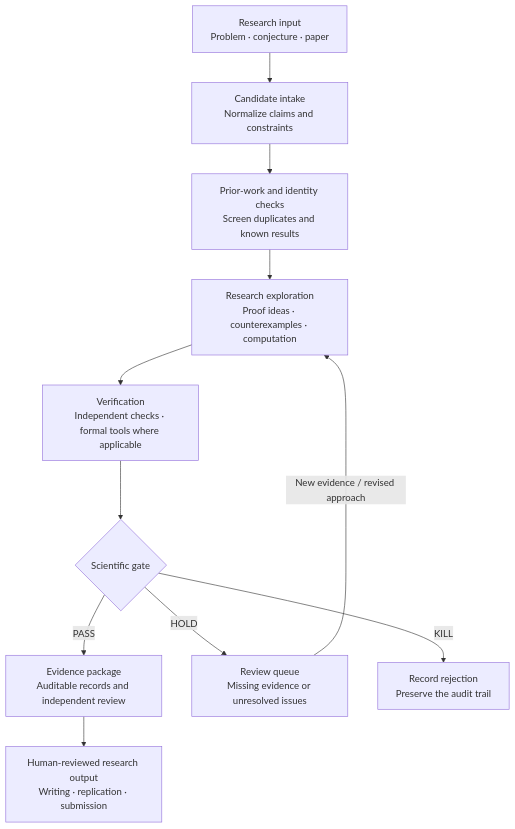
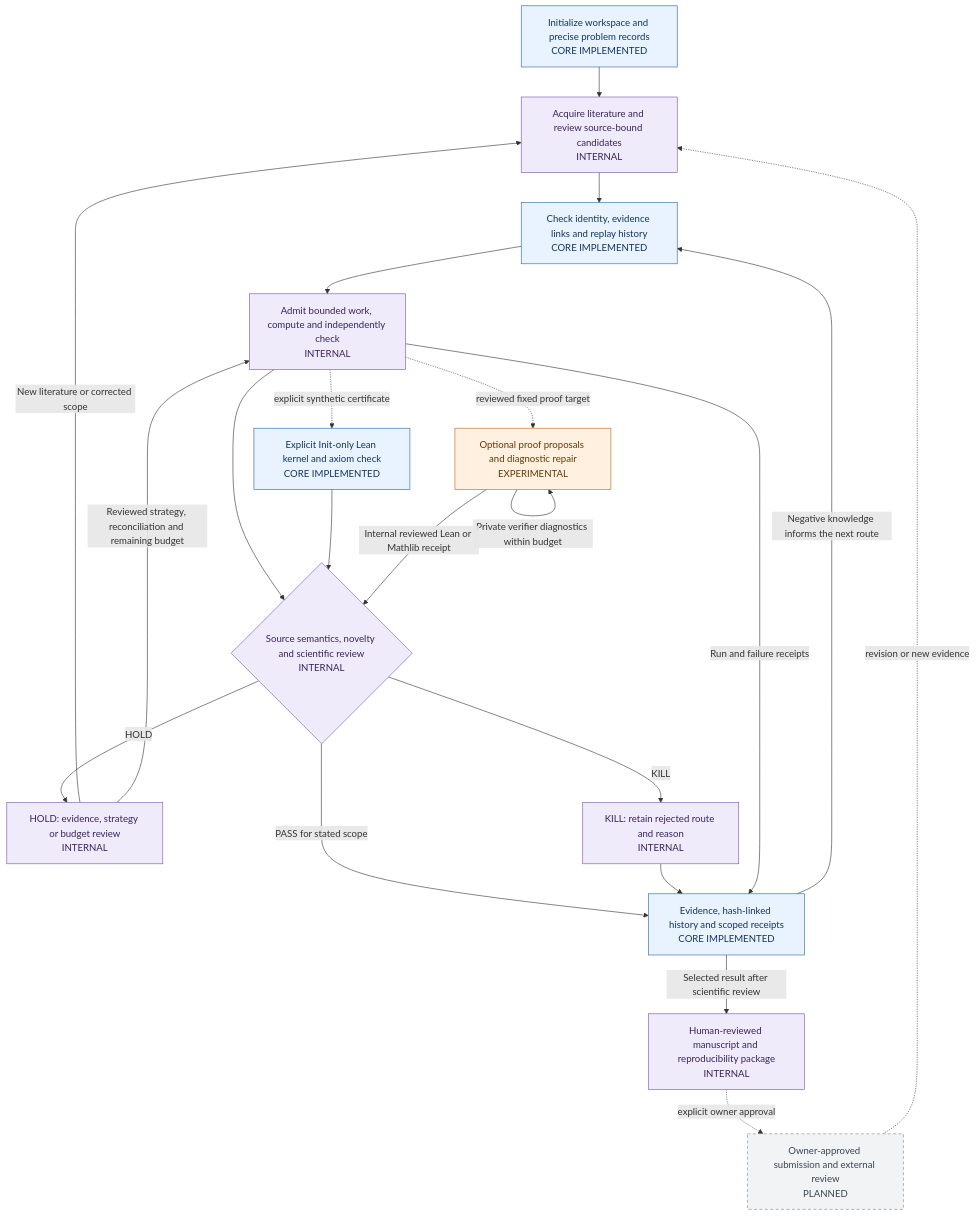
Before and after one commit to Freakwill/MathForge: the diagram in README.md, drawn with Mermaid. The commit also changed other lines of this file and 9 other files, not shown here.

Commit message:
Document evidence-grounded research lifecycle and capability boundaries

````diff
--- a/README.md
+++ b/README.md
@@ -37,13 +39,34 @@
-~~~mermaid
-flowchart TD
-    A["Research input<br/>Problem · conjecture · paper"] --> B["Candidate intake<br/>Normalize claims and constraints"]
-    B --> C["Prior-work and identity checks<br/>Screen duplicates and known results"]
-    C --> D["Research exploration<br/>Proof ideas · counterexamples · computation"]
-    D --> E["Verification<br/>Independent checks · formal tools where applicable"]
-    E --> F{"Scientific gate"}
-    F -->|PASS| G["Evidence package<br/>Auditable records and independent review"]
-    F -->|HOLD| H["Review queue<br/>Missing evidence or unresolved issues"]
-    F -->|KILL| I["Record rejection<br/>Preserve the audit trail"]
-    H -->|New evidence / revised approach| D
-    G --> J["Human-reviewed research output<br/>Writing · replication · submission"]
-~~~
+```mermaid
+flowchart TB
+  A["Initialize workspace and precise problem records<br/>CORE IMPLEMENTED"]:::core
+  B["Acquire literature and review source-bound candidates<br/>INTERNAL"]:::internal
+  C["Check identity, evidence links and replay history<br/>CORE IMPLEMENTED"]:::core
+  D["Admit bounded work, compute and independently check<br/>INTERNAL"]:::internal
+  P["Optional proof proposals and diagnostic repair<br/>EXPERIMENTAL"]:::experimental
+  L["Explicit Init-only Lean kernel and axiom check<br/>CORE IMPLEMENTED"]:::core
+  G{"Source semantics, novelty and scientific review<br/>INTERNAL"}:::internal
+  H["HOLD: evidence, strategy or budget review<br/>INTERNAL"]:::internal
+  K["KILL: retain rejected route and reason<br/>INTERNAL"]:::internal
+  E["Evidence, hash-linked history and scoped receipts<br/>CORE IMPLEMENTED"]:::core
+  M["Human-reviewed manuscript and reproducibility package<br/>INTERNAL"]:::internal
+  S["Owner-approved submission and external review<br/>PLANNED"]:::planned
+  A --> B --> C --> D --> G
+  D -. explicit synthetic certificate .-> L --> G
+  D -. reviewed fixed proof target .-> P
+  P -->|Private verifier diagnostics within budget| P
+  P -->|Internal reviewed Lean or Mathlib receipt| G
+  G -->|PASS for stated scope| E
+  G -->|HOLD| H
+  G -->|KILL| K --> E
+  H -->|New literature or corrected scope| B
+  H -->|Reviewed strategy, reconciliation and remaining budget| D
+  D -->|Run and failure receipts| E
+  E -->|Negative knowledge informs the next route| C
+  E -->|Selected result after scientific review| M
+  M -. explicit owner approval .-> S
+  S -. revision or new evidence .-> B
+  classDef core fill:#e9f2ff,stroke:#2864a0,color:#12365b
+  classDef internal fill:#f0ebfa,stroke:#7656a3,color:#38245a
+  classDef experimental fill:#fff0df,stroke:#b56b18,color:#613803
+  classDef planned fill:#f1f3f5,stroke:#7c8792,color:#394550,stroke-dasharray:5 4
+```
````
